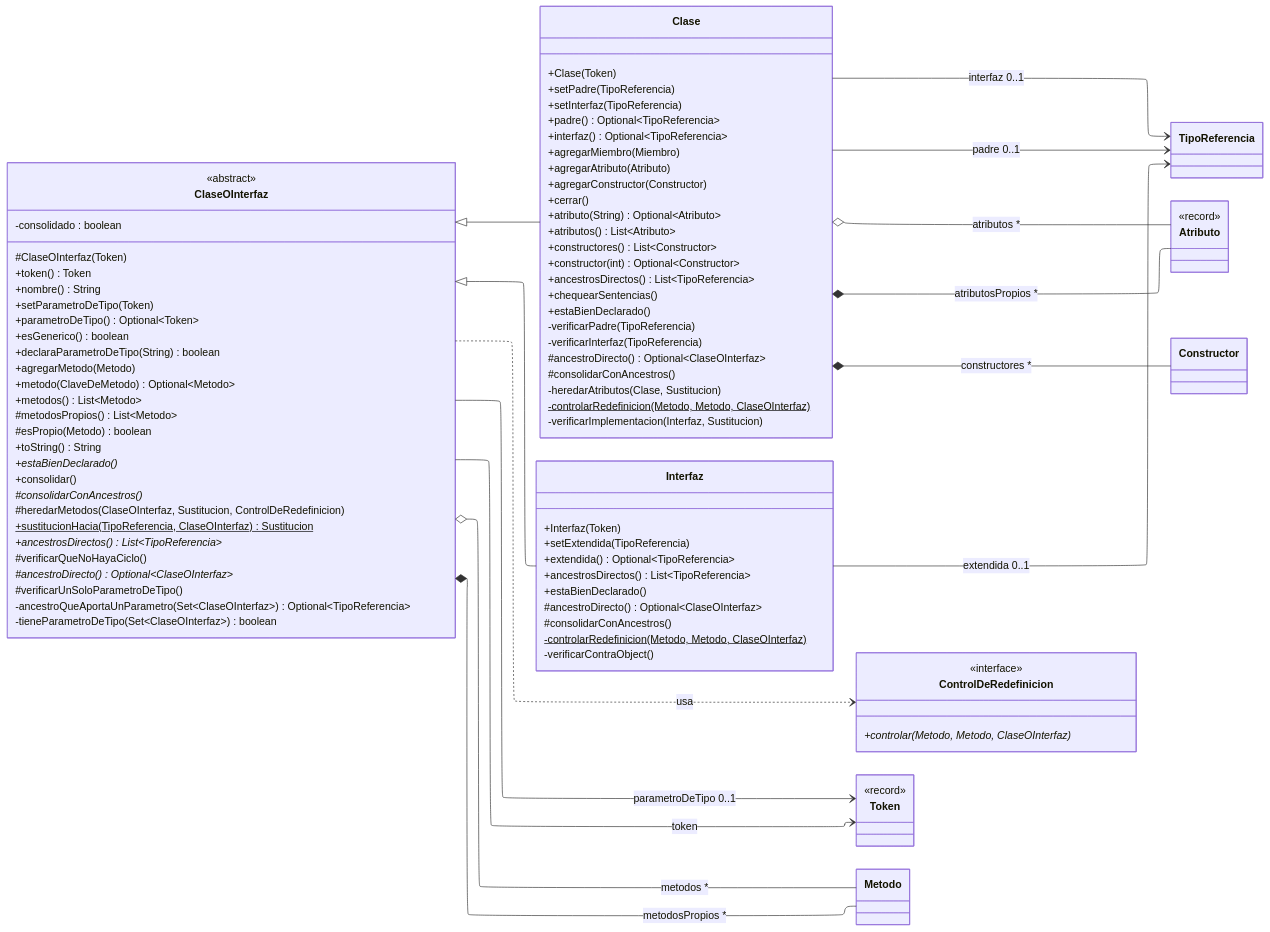
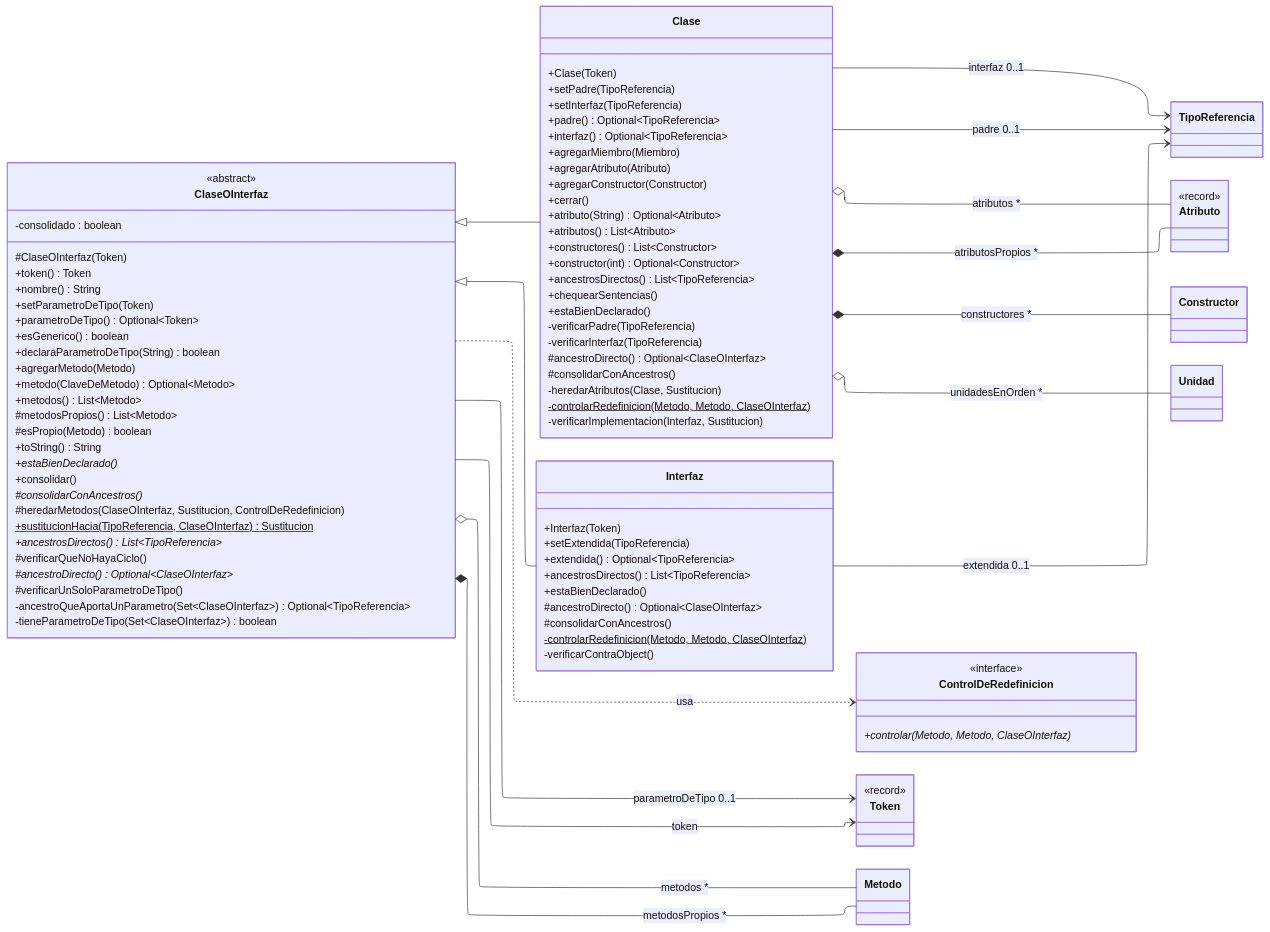
The third of 5 diagrams in documentacion/semantico/arquitectura-del-analizador-semantico.md (agustinpaul0/Proyecto-CEI), drawn with Mermaid before and after one commit. The commit also changed other lines of this file, not shown here.

Commit message:
Agrega a los diagramas lo que sumaron los arreglos de conformidad y orden

````diff
--- a/documentacion/semantico/arquitectura-del-analizador-semantico.md
+++ b/documentacion/semantico/arquitectura-del-analizador-semantico.md
@@ -231,5 +231,6 @@
     Clase *-- Atributo : atributosPropios *
     Clase o-- Atributo : atributos *
     Clase *-- Constructor : constructores *
+    Clase o-- Unidad : unidadesEnOrden *
     Interfaz --> TipoReferencia : extendida 0..1
 ```
````
